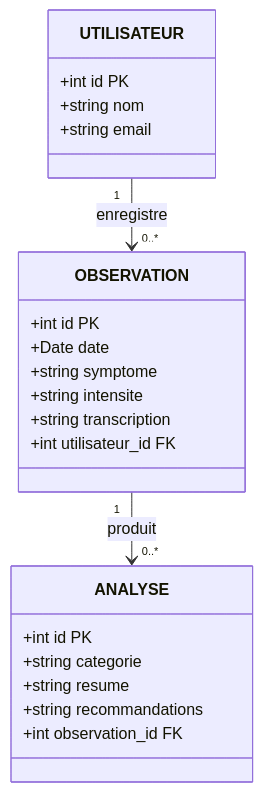
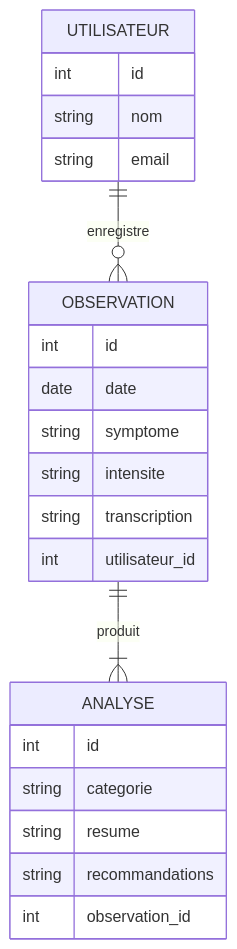
The diagram in README.md (AmineBoussaid/HealthVoice), drawn with Mermaid before and after one commit. The commit also changed other lines of this file, not shown here.

````diff
--- a/README.md
+++ b/README.md
@@ -72,30 +69,31 @@
 ```mermaid
-classDiagram
-    class UTILISATEUR {
-        +int id PK
-        +string nom
-        +string email
+erDiagram
+    UTILISATEUR ||--o{ OBSERVATION : enregistre
+    OBSERVATION ||--|{ ANALYSE : produit
+
+    UTILISATEUR {
+        int id
+        string nom
+        string email
     }
 
-    class OBSERVATION {
-        +int id PK
-        +Date date
-        +string symptome
-        +string intensite
-        +string transcription
-        +int utilisateur_id FK
+    OBSERVATION {
+        int id
+        date date
+        string symptome
+        string intensite
+        string transcription
+        int utilisateur_id
     }
 
-    class ANALYSE {
-        +int id PK
-        +string categorie
-        +string resume
-        +string recommandations
-        +int observation_id FK
+    ANALYSE {
+        int id
+        string categorie
+        string resume
+        string recommandations
+        int observation_id
     }
 
-    UTILISATEUR "1" --> "0..*" OBSERVATION : enregistre
-    OBSERVATION "1" --> "0..*" ANALYSE : produit
 
 
 ```
````
